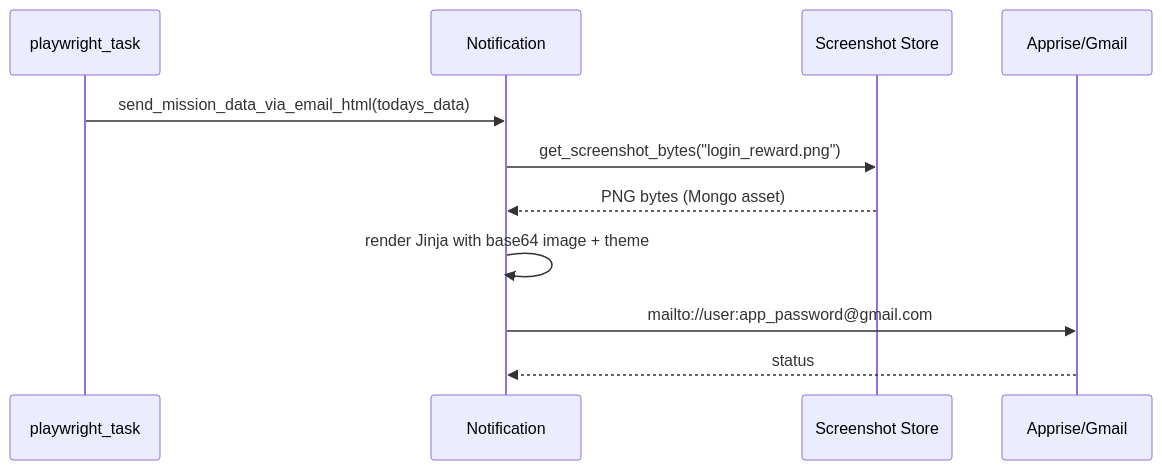
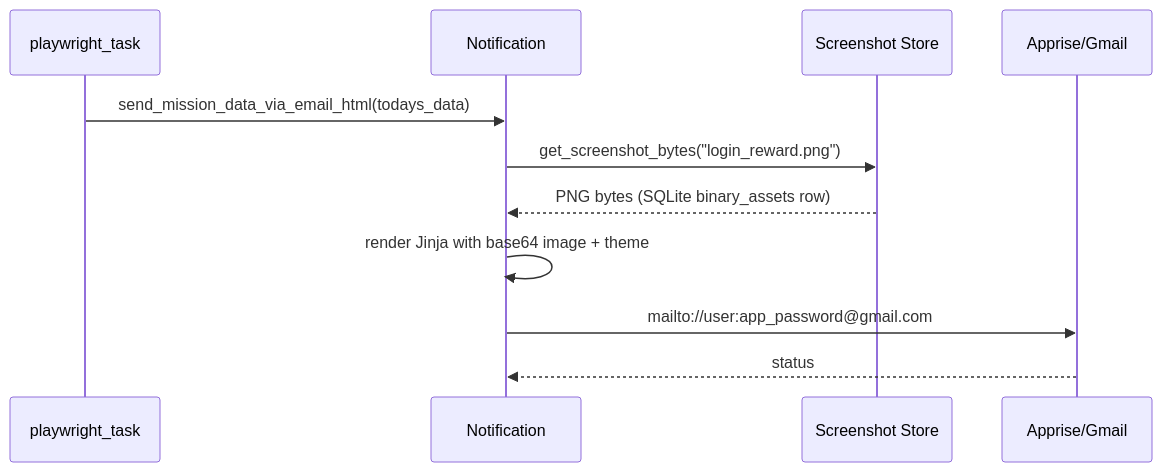
One commit to Fly-onlyone/ZZZ_Bot_Python changed the diagram in obsidian/01-Backend/core/Notification Sender.md. Above: the diagram before and after it, drawn with Mermaid. The commit also changed other lines of this file and 88 other files, not shown here.

````diff
--- a/obsidian/01-Backend/core/Notification Sender.md
+++ b/obsidian/01-Backend/core/Notification Sender.md
@@ -17,13 +17,13 @@
 ```mermaid
 sequenceDiagram
     participant Caller as playwright_task
     participant N as Notification
     participant Store as Screenshot Store
     participant SMTP as Apprise/Gmail
     Caller->>N: send_mission_data_via_email_html(todays_data)
     N->>Store: get_screenshot_bytes("login_reward.png")
-    Store-->>N: PNG bytes (Mongo asset)
+    Store-->>N: PNG bytes (SQLite binary_assets row)
     N->>N: render Jinja with base64 image + theme
     N->>SMTP: mailto://user:app_password@gmail.com
     SMTP-->>N: status
 ```
````
